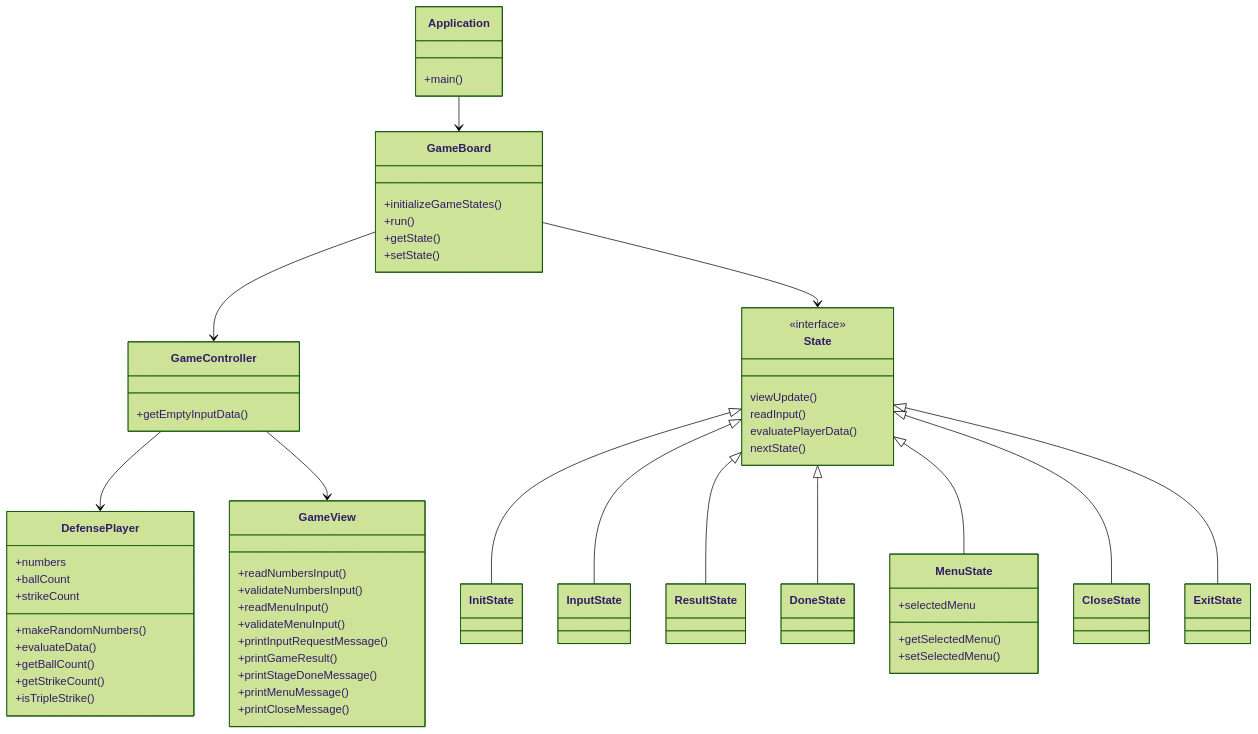
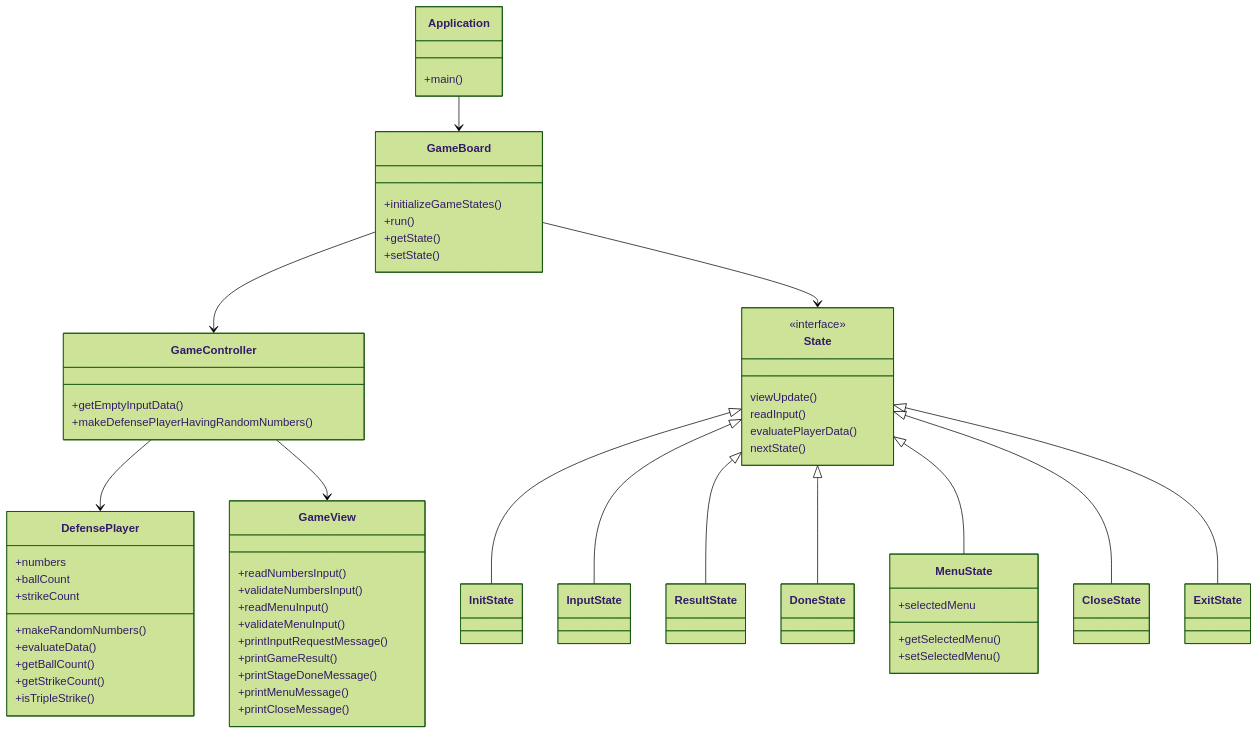
One commit to digiry/java-baseball-precourse changed the diagram in docs/class_diagram.md. Above: the diagram before and after it, drawn with Mermaid (forest theme). The commit also changed 3 other files, not shown here.

Commit message:
fix(GameController): add forwarding method to make random numbers for defense player

````diff
--- a/docs/class_diagram.md
+++ b/docs/class_diagram.md
@@ -3,76 +3,77 @@
 ```mermaid
 classDiagram
     Application --> GameBoard
     GameBoard --> GameController
     GameController --> DefensePlayer
     GameController --> GameView
 
     GameBoard --> State
     State <|-- InitState
     State <|-- InputState
     State <|-- ResultState
     State <|-- DoneState
     State <|-- MenuState
     State <|-- CloseState
     State <|-- ExitState
 
     class Application {
         +main()
     }
     class GameBoard {
         +initializeGameStates()
         +run()
         +getState()
         +setState()
     }
     class GameController {
         +getEmptyInputData()
+        +makeDefensePlayerHavingRandomNumbers()
     }
     class GameView {
         +readNumbersInput()
         +validateNumbersInput()
         +readMenuInput()
         +validateMenuInput()
 
         +printInputRequestMessage()
         +printGameResult()
         +printStageDoneMessage()
         +printMenuMessage()
         +printCloseMessage()
     }
     class DefensePlayer {
         +numbers
         +ballCount
         +strikeCount
 
         +makeRandomNumbers()
         +evaluateData()
         +getBallCount()
         +getStrikeCount()
         +isTripleStrike()
     }
     class State {
         <<interface>>
         viewUpdate()
         readInput()
         evaluatePlayerData()
         nextState()
     }
     class InitState {
     }
     class InputState {
     }
     class ResultState {
     }
     class DoneState {
     }
     class MenuState {
         +selectedMenu
         +getSelectedMenu()
         +setSelectedMenu()
     }
     class CloseState {
     }
     class ExitState {
     }
 ```
````
